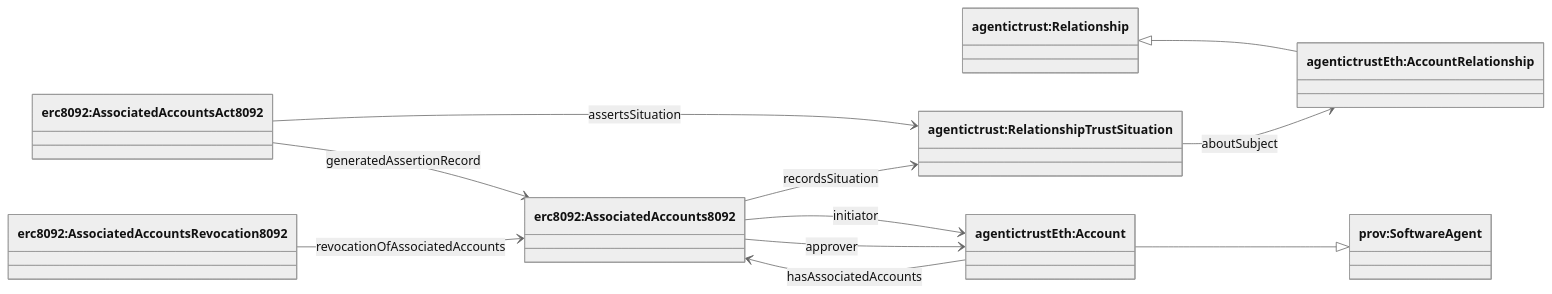
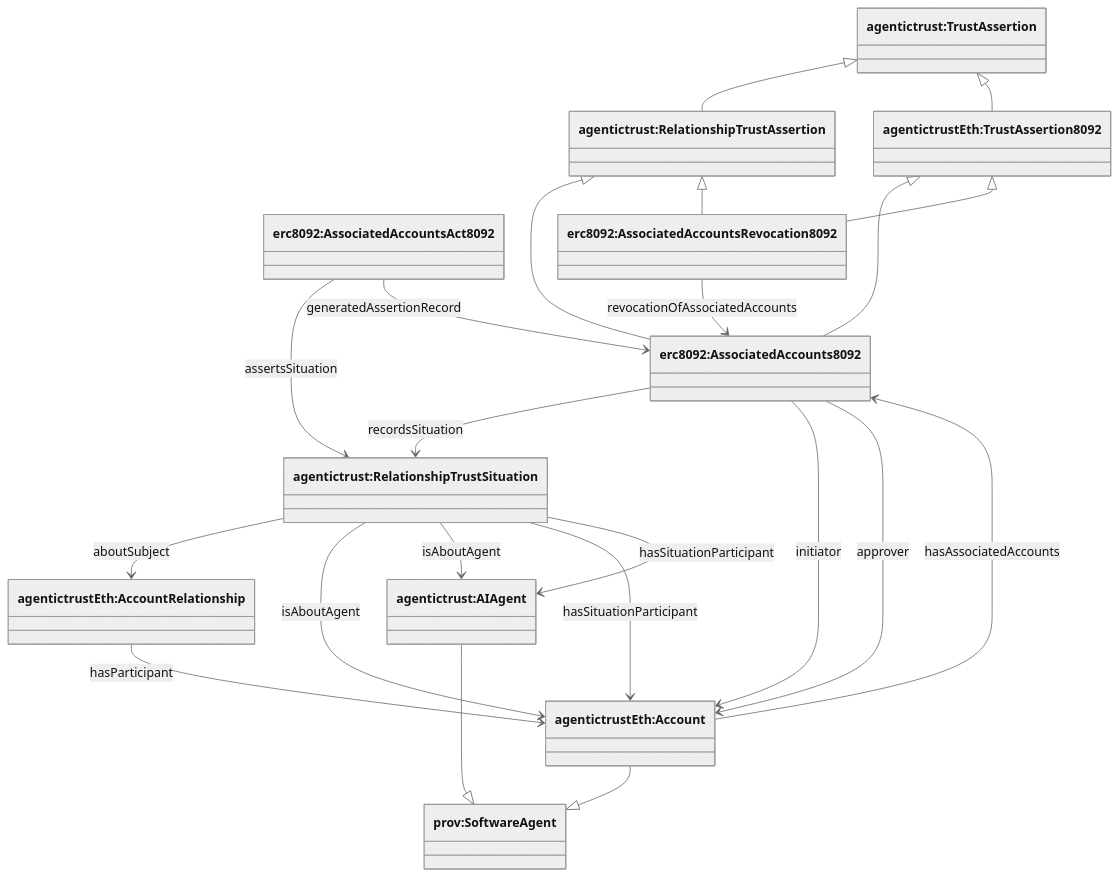
One commit to Agentic-Trust-Layer/agent-explorer changed the diagram in docs/ontology/erc8092.md. Above: the diagram before and after it, drawn with Mermaid (neutral theme). The commit also changed other lines of this file and 3 other files, not shown here.

Commit message:
update associated accounts renaming stuff

````diff
--- a/docs/ontology/erc8092.md
+++ b/docs/ontology/erc8092.md
@@ -29,26 +48,42 @@
 ```mermaid
 classDiagram
-direction LR
+direction TB
 
-class Relationship["agentictrust:Relationship"]
-class AccountRelationship["agentictrustEth:AccountRelationship"]
+class TrustAssertion["agentictrust:TrustAssertion"]
+class RelationshipTrustAssertion["agentictrust:RelationshipTrustAssertion"]
+class TrustAssertion8092["agentictrustEth:TrustAssertion8092"]
 class AssociatedAccounts["erc8092:AssociatedAccounts8092"]
 class AssociatedAccountsAct["erc8092:AssociatedAccountsAct8092"]
 class AssociatedAccountsRevocation["erc8092:AssociatedAccountsRevocation8092"]
 class RelationshipTrustSituation["agentictrust:RelationshipTrustSituation"]
+class AccountRelationship["agentictrustEth:AccountRelationship"]
 class Account["agentictrustEth:Account"]
+class AIAgent["agentictrust:AIAgent"]
 class provSoftwareAgent["prov:SoftwareAgent"]
 
-Relationship <|-- AccountRelationship
+TrustAssertion <|-- RelationshipTrustAssertion
+TrustAssertion <|-- TrustAssertion8092
+TrustAssertion8092 <|-- AssociatedAccounts
+RelationshipTrustAssertion <|-- AssociatedAccounts
+TrustAssertion8092 <|-- AssociatedAccountsRevocation
+RelationshipTrustAssertion <|-- AssociatedAccountsRevocation
+
 Account --|> provSoftwareAgent
+AIAgent --|> provSoftwareAgent
 
 Account --> AssociatedAccounts : hasAssociatedAccounts
 AssociatedAccounts --> RelationshipTrustSituation : recordsSituation
 AssociatedAccountsAct --> RelationshipTrustSituation : assertsSituation
 AssociatedAccountsAct --> AssociatedAccounts : generatedAssertionRecord
 RelationshipTrustSituation --> AccountRelationship : aboutSubject
 
 AssociatedAccounts --> Account : initiator
 AssociatedAccounts --> Account : approver
 AssociatedAccountsRevocation --> AssociatedAccounts : revocationOfAssociatedAccounts
+
+RelationshipTrustSituation --> Account : isAboutAgent
+RelationshipTrustSituation --> AIAgent : isAboutAgent
+RelationshipTrustSituation --> Account : hasSituationParticipant
+RelationshipTrustSituation --> AIAgent : hasSituationParticipant
+AccountRelationship --> Account : hasParticipant
 ```
````
